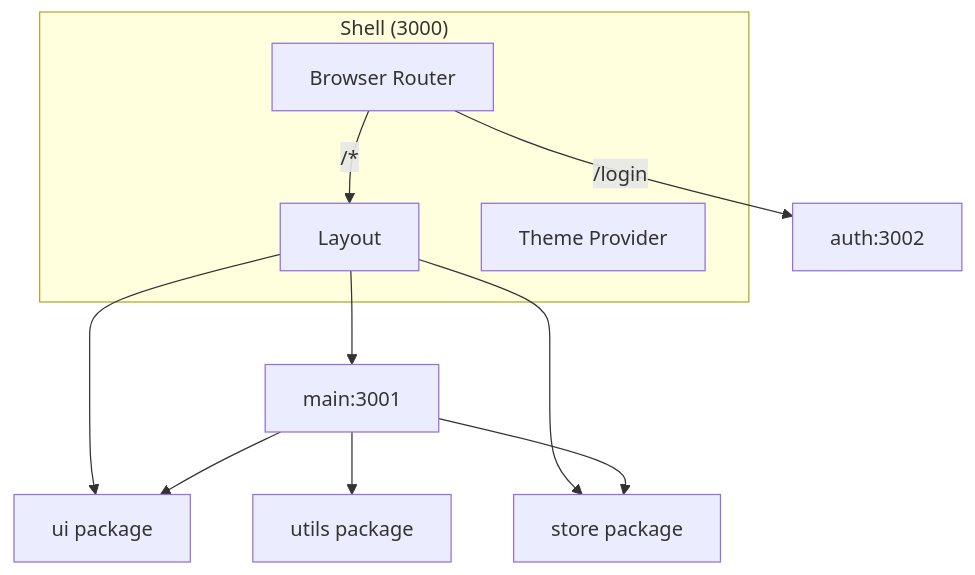
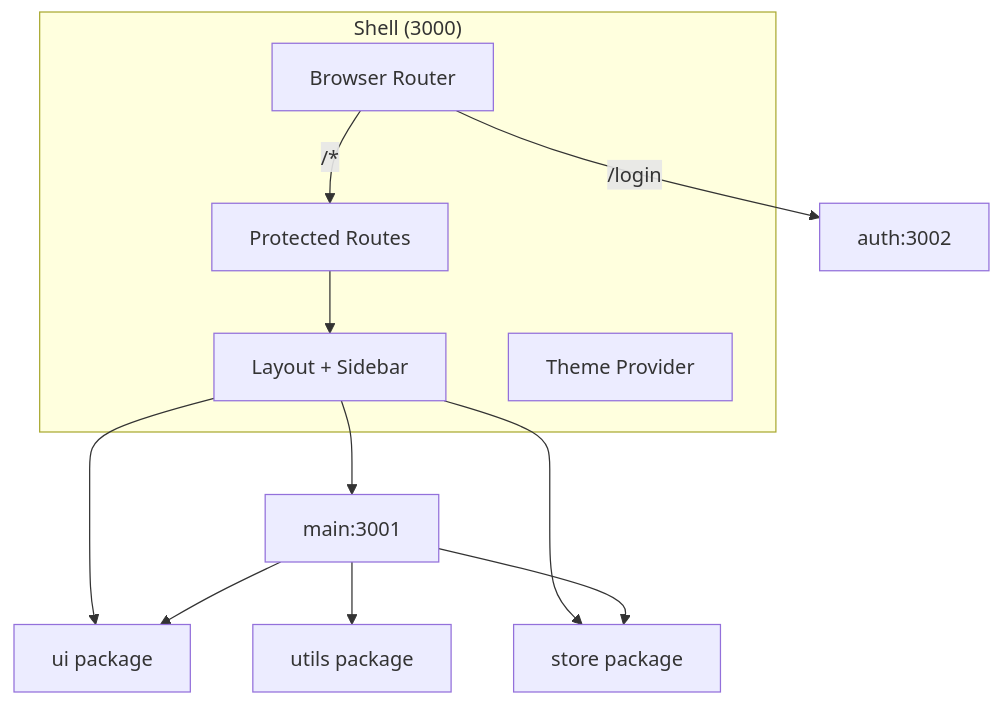
Before and after one commit to manishk-variyas/crm: the diagram in README.md, drawn with Mermaid. The commit also changed other lines of this file, not shown here.

````diff
--- a/README.md
+++ b/README.md
@@ -22,18 +22,20 @@
 ```mermaid
 graph TB
     subgraph "Shell (3000)"
         S[Browser Router]
-        L[Layout]
+        L[Layout + Sidebar]
         T[Theme Provider]
+        P[Protected Routes]
     end
     
     S -->|/login| A[auth:3002]
-    S -->|/*| L
+    S -->|/*| P
+    P --> L
     L --> M[main:3001]
     
     M --> P1[ui package]
     M --> P2[store package]
     M --> P3[utils package]
     L --> P1
     L --> P2
 ```
````
